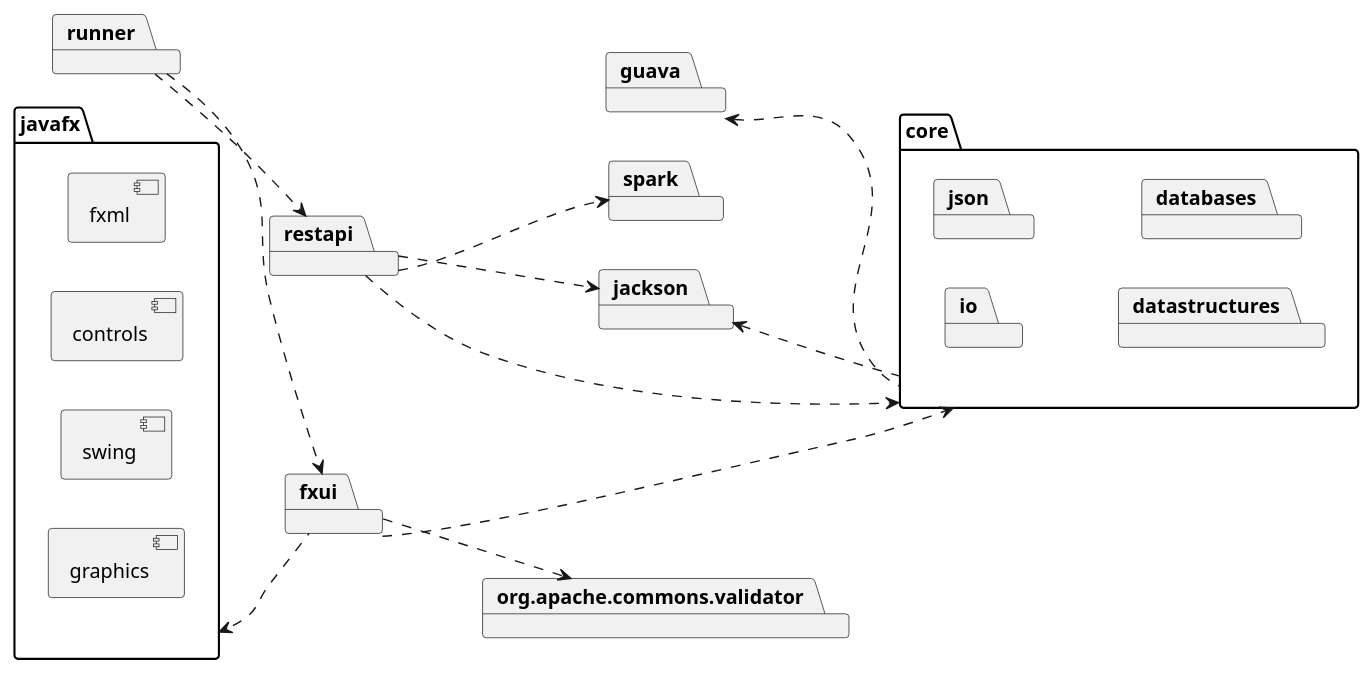
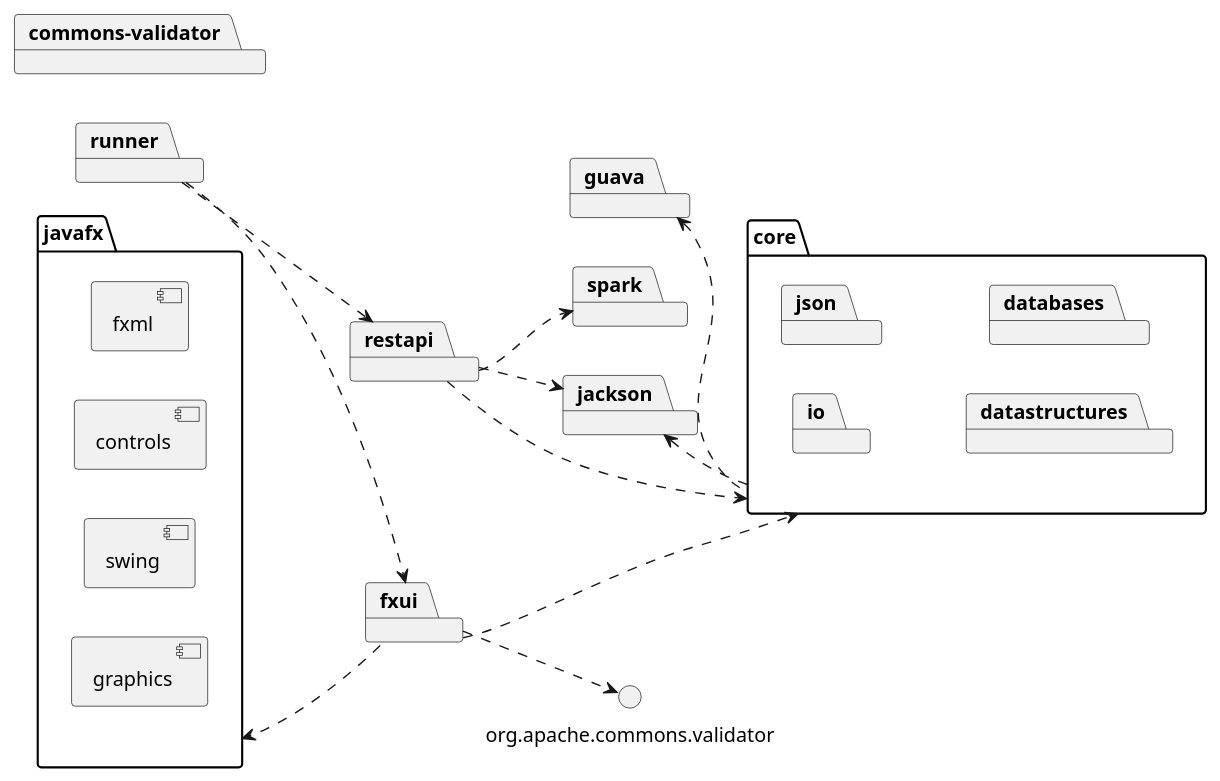
One commit to olepbr/it1901 changed the first of 3 diagrams in mememedb/README.md. Above: the diagram before and after it, drawn with PlantUML. The commit also changed other lines of this file, not shown here.

````diff
--- a/mememedb/README.md
+++ b/mememedb/README.md
@@ -23,64 +39,64 @@
 ```plantuml
 left to right direction
 
 package core {
     package io
     package json
     package datastructures
     package databases
 }
 
 
 package restapi {
 }
 
 package spark{
 }
 
 package runner {
 }
 
 package jackson {
 }
 
 package guava{
 }
 
-package org.apache.commons.validator{
+package commons-validator{
 }
 
 
 package fxui {
 }
 
 package javafx {
     component fxml {
     }
     component controls{
     }
     component swing{
     }
     component graphics{
     }
 }
 
 restapi ..> spark
 restapi ..> jackson
 restapi ..> core
 
 core .up.> jackson
 core .up.> guava
 
 runner ..> fxui
 runner ..> restapi
 
 guava -[hidden] jackson
 guava -[hidden] spark
 guava -[hidden] org.apache.commons.validator
 jackson -[hidden] org.apache.commons.validator
 javafx -[hidden] org.apache.commons.validator
 
 fxui ..> core
 fxui .up.> javafx
 fxui ..> org.apache.commons.validator
 ```
````
